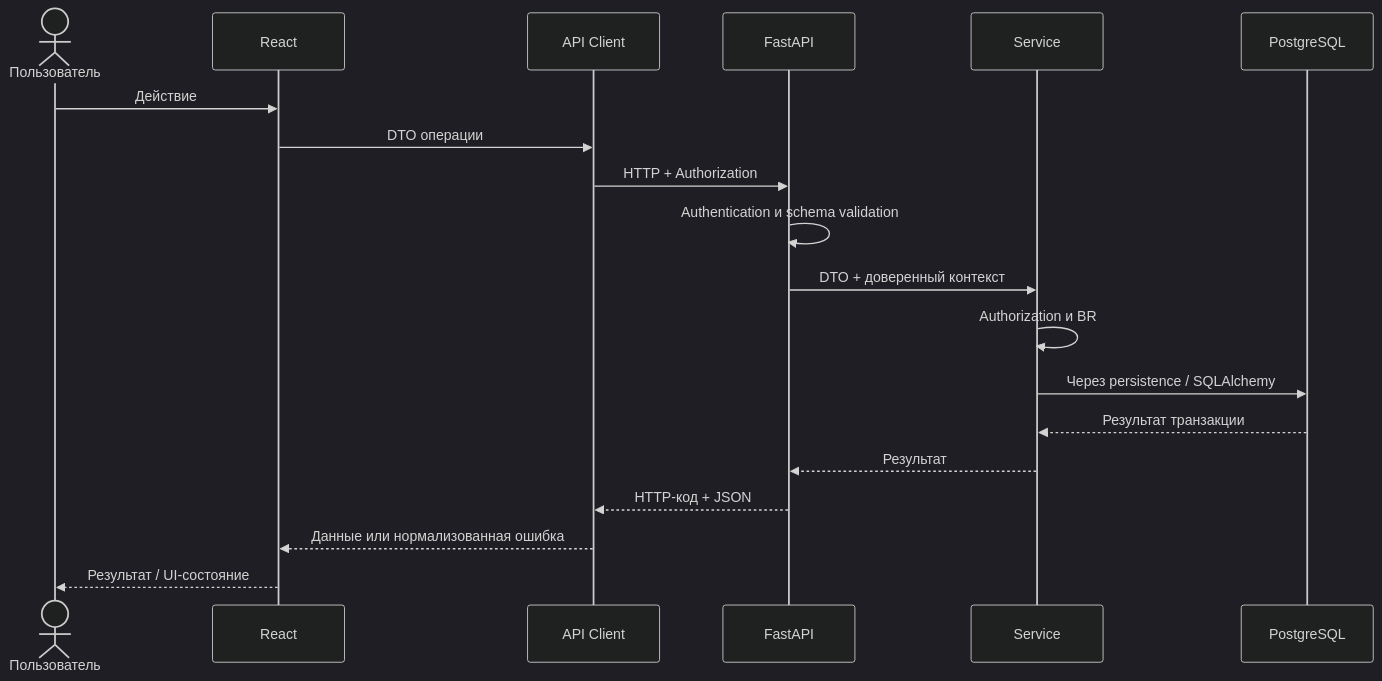
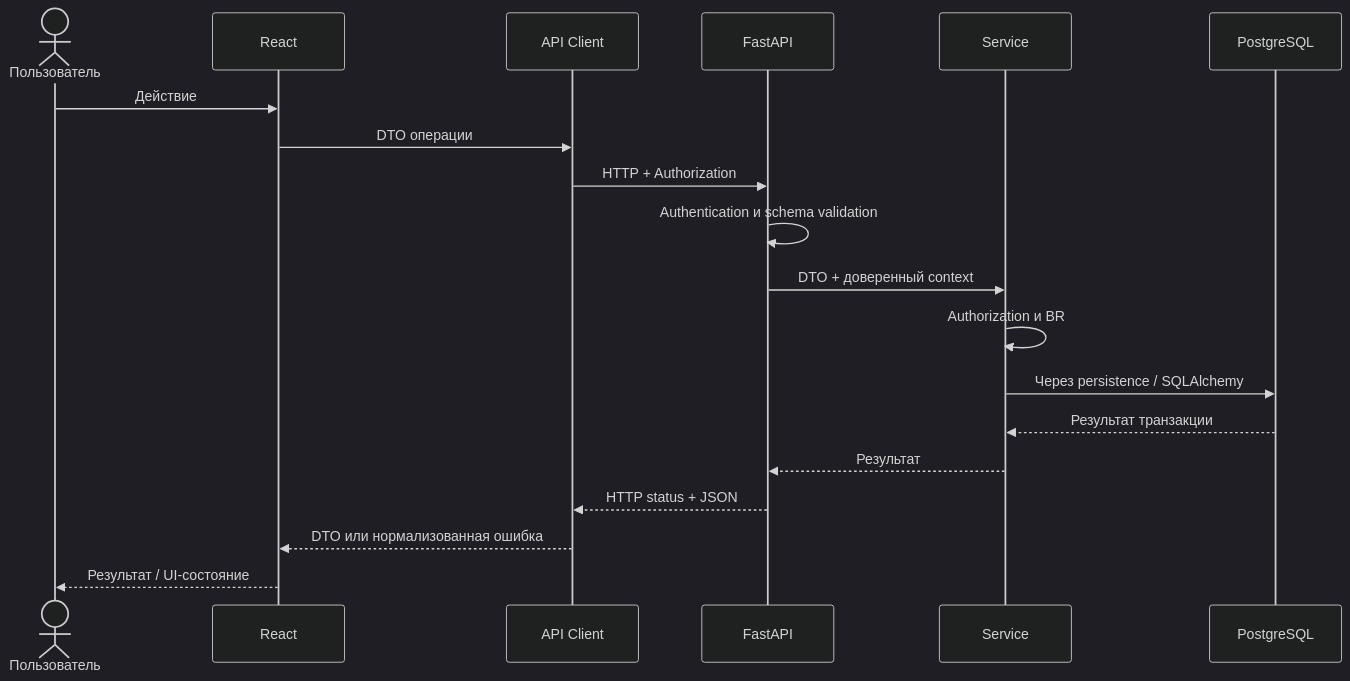
The diagram in docs/architecture/integration.md (tydysh-team/Takt), drawn with Mermaid (dark theme) before and after one commit. The commit also changed other lines of this file, not shown here.

````diff
--- a/docs/architecture/integration.md
+++ b/docs/architecture/integration.md
@@ -32,21 +70,22 @@
 ```mermaid
 sequenceDiagram
     actor User as Пользователь
     participant React
     participant Client as API Client
     participant API as FastAPI
     participant Service
     participant DB as PostgreSQL
+
     User->>React: Действие
     React->>Client: DTO операции
     Client->>API: HTTP + Authorization
     API->>API: Authentication и schema validation
-    API->>Service: DTO + доверенный контекст
+    API->>Service: DTO + доверенный context
     Service->>Service: Authorization и BR
     Service->>DB: Через persistence / SQLAlchemy
     DB-->>Service: Результат транзакции
     Service-->>API: Результат
-    API-->>Client: HTTP-код + JSON
-    Client-->>React: Данные или нормализованная ошибка
+    API-->>Client: HTTP status + JSON
+    Client-->>React: DTO или нормализованная ошибка
     React-->>User: Результат / UI-состояние
 ```
````
